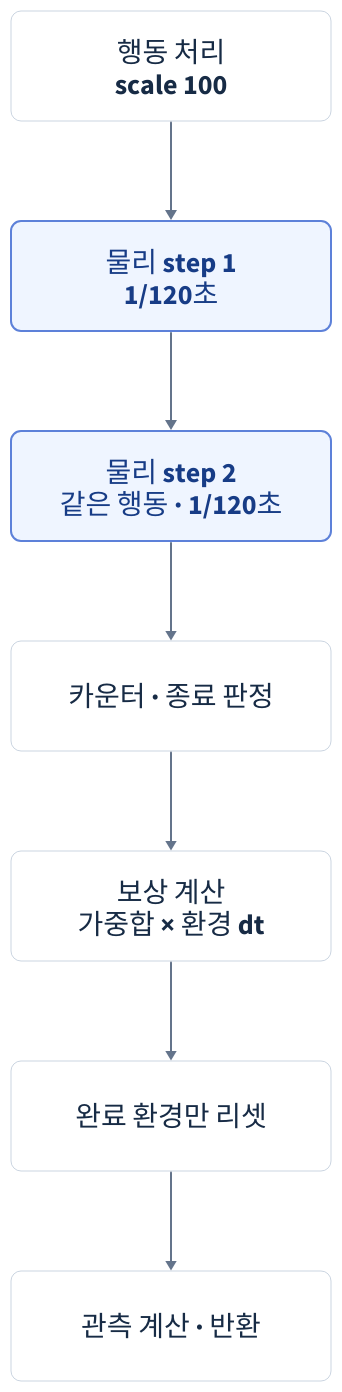
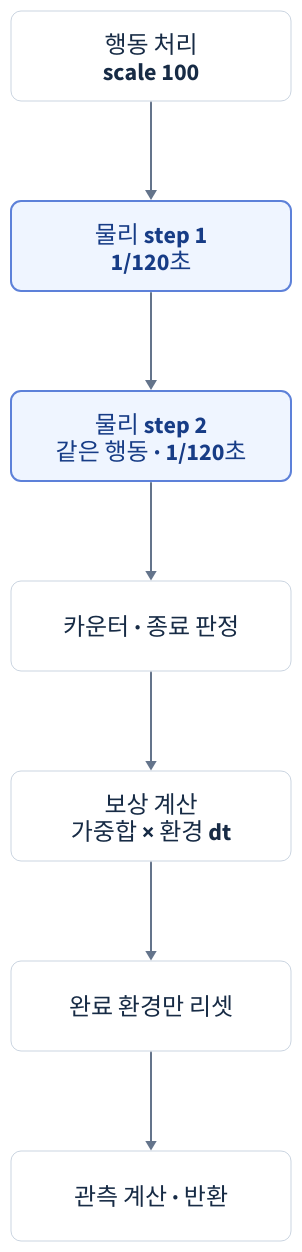
Before and after one commit to fortex66/physical-ai-training: the diagram in learning-notes/reinforcement-learning/diagrams/04-environment-step.d2, drawn with D2. The commit also changed 42 other files, not shown here.

Commit message:
docs: add lesson 22 action-space review and compact D2 diagrams

```diff
--- a/learning-notes/reinforcement-learning/diagrams/04-environment-step.d2
+++ b/learning-notes/reinforcement-learning/diagrams/04-environment-step.d2
@@ -1,25 +1,25 @@
 direction: down
 classes: {
   box: {
-    width: 320
-    height: 110
-    style: {font-size: 28; font-color: "#172B45"; fill: "#FFFFFF"; stroke: "#CBD5E1"; stroke-width: 1; border-radius: 10}
+    width: 280
+    height: 90
+    style: {font-size: 24; font-color: "#172B45"; fill: "#FFFFFF"; stroke: "#CBD5E1"; stroke-width: 1; border-radius: 10}
   }
   focus: {
-    width: 320
-    height: 110
-    style: {font-size: 28; font-color: "#173C86"; fill: "#EFF5FF"; stroke: "#5D81D9"; stroke-width: 2; border-radius: 10}
+    width: 280
+    height: 90
+    style: {font-size: 24; font-color: "#173C86"; fill: "#EFF5FF"; stroke: "#5D81D9"; stroke-width: 2; border-radius: 10}
   }
 }
 *.class: box
-*.style.font-size: 28
+*.style.font-size: 24
 (* -> *)[*].style.stroke: "#64748B"
 (* -> *)[*].style.stroke-width: 2
 action: "행동 처리\nscale 100"
 p1: "물리 step 1\n1/120초" {class: focus}
 p2: "물리 step 2\n같은 행동 · 1/120초" {class: focus}
 term: 카운터 · 종료 판정
 reward: "보상 계산\n가중합 × 환경 dt"
 reset: 완료 환경만 리셋
 obs: 관측 계산 · 반환
 action -> p1 -> p2 -> term -> reward -> reset -> obs
```
